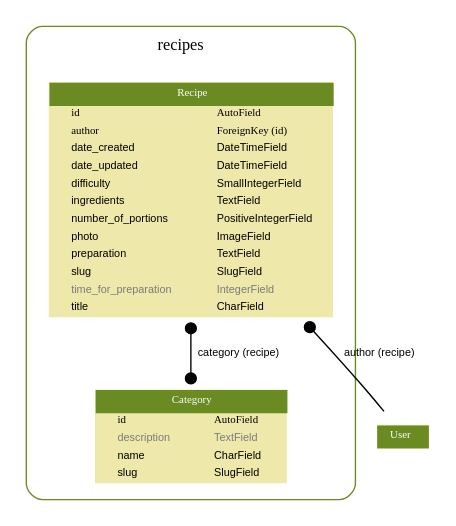
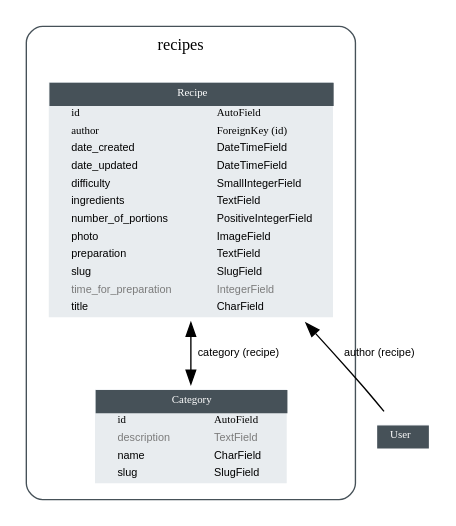
One commit to keimlink/django-workshop changed the diagram in docs/recipes_models.dot. Above: the diagram before and after it, drawn with Graphviz. The commit also changed 1 other file, not shown here.

```diff
--- a/docs/recipes_models.dot
+++ b/docs/recipes_models.dot
@@ -1,168 +1,168 @@
 digraph model_graph {
   # Dotfile by Django-Extensions graph_models
   # Created: 2013-11-10 22:58
   # Cli Options: -g recipes
 
   fontname = "Helvetica"
   fontsize = 8
   splines  = true
 
   node [
     fontname = "Helvetica"
     fontsize = 8
     shape = "plaintext"
   ]
 
   edge [
     fontname = "Helvetica"
     fontsize = 8
   ]
 
   # Labels
   subgraph cluster_recipes_models {
     label=<
           <TABLE BORDER="0" CELLBORDER="0" CELLSPACING="0">
           <TR><TD COLSPAN="2" CELLPADDING="4" ALIGN="CENTER">
           <FONT FACE="Helvetica Bold" COLOR="Black" POINT-SIZE="12">
           recipes
           </FONT>
           </TD></TR>
           </TABLE>
           >
-    color=olivedrab4
+    color="#465158"
     style="rounded"
-  
+
     recipes_models_Category [label=<
-      <TABLE BGCOLOR="palegoldenrod" BORDER="0" CELLBORDER="0" CELLSPACING="0">
-      <TR><TD COLSPAN="2" CELLPADDING="4" ALIGN="CENTER" BGCOLOR="olivedrab4">
+      <TABLE BGCOLOR="#e8ecef" BORDER="0" CELLBORDER="0" CELLSPACING="0">
+      <TR><TD COLSPAN="2" CELLPADDING="4" ALIGN="CENTER" BGCOLOR="#465158">
       <FONT FACE="Helvetica Bold" COLOR="white">
       Category
       </FONT></TD></TR>
-    
+
       <TR><TD ALIGN="LEFT" BORDER="0">
       <FONT FACE="Helvetica Bold">id</FONT>
       </TD><TD ALIGN="LEFT">
       <FONT FACE="Helvetica Bold">AutoField</FONT>
       </TD></TR>
-    
+
       <TR><TD ALIGN="LEFT" BORDER="0">
       <FONT COLOR="#7B7B7B" FACE="Helvetica ">description</FONT>
       </TD><TD ALIGN="LEFT">
       <FONT COLOR="#7B7B7B" FACE="Helvetica ">TextField</FONT>
       </TD></TR>
-    
+
       <TR><TD ALIGN="LEFT" BORDER="0">
       <FONT FACE="Helvetica ">name</FONT>
       </TD><TD ALIGN="LEFT">
       <FONT FACE="Helvetica ">CharField</FONT>
       </TD></TR>
-    
+
       <TR><TD ALIGN="LEFT" BORDER="0">
       <FONT FACE="Helvetica ">slug</FONT>
       </TD><TD ALIGN="LEFT">
       <FONT FACE="Helvetica ">SlugField</FONT>
       </TD></TR>
-    
+
       </TABLE>
       >]
-  
+
     recipes_models_Recipe [label=<
-      <TABLE BGCOLOR="palegoldenrod" BORDER="0" CELLBORDER="0" CELLSPACING="0">
-      <TR><TD COLSPAN="2" CELLPADDING="4" ALIGN="CENTER" BGCOLOR="olivedrab4">
+      <TABLE BGCOLOR="#e8ecef" BORDER="0" CELLBORDER="0" CELLSPACING="0">
+      <TR><TD COLSPAN="2" CELLPADDING="4" ALIGN="CENTER" BGCOLOR="#465158">
       <FONT FACE="Helvetica Bold" COLOR="white">
       Recipe
       </FONT></TD></TR>
-    
+
       <TR><TD ALIGN="LEFT" BORDER="0">
       <FONT FACE="Helvetica Bold">id</FONT>
       </TD><TD ALIGN="LEFT">
       <FONT FACE="Helvetica Bold">AutoField</FONT>
       </TD></TR>
-    
+
       <TR><TD ALIGN="LEFT" BORDER="0">
       <FONT FACE="Helvetica Bold">author</FONT>
       </TD><TD ALIGN="LEFT">
       <FONT FACE="Helvetica Bold">ForeignKey (id)</FONT>
       </TD></TR>
-    
+
       <TR><TD ALIGN="LEFT" BORDER="0">
       <FONT FACE="Helvetica ">date_created</FONT>
       </TD><TD ALIGN="LEFT">
       <FONT FACE="Helvetica ">DateTimeField</FONT>
       </TD></TR>
-    
+
       <TR><TD ALIGN="LEFT" BORDER="0">
       <FONT FACE="Helvetica ">date_updated</FONT>
       </TD><TD ALIGN="LEFT">
       <FONT FACE="Helvetica ">DateTimeField</FONT>
       </TD></TR>
-    
+
       <TR><TD ALIGN="LEFT" BORDER="0">
       <FONT FACE="Helvetica ">difficulty</FONT>
       </TD><TD ALIGN="LEFT">
       <FONT FACE="Helvetica ">SmallIntegerField</FONT>
       </TD></TR>
-    
+
       <TR><TD ALIGN="LEFT" BORDER="0">
       <FONT FACE="Helvetica ">ingredients</FONT>
       </TD><TD ALIGN="LEFT">
       <FONT FACE="Helvetica ">TextField</FONT>
       </TD></TR>
-    
+
       <TR><TD ALIGN="LEFT" BORDER="0">
       <FONT FACE="Helvetica ">number_of_portions</FONT>
       </TD><TD ALIGN="LEFT">
       <FONT FACE="Helvetica ">PositiveIntegerField</FONT>
       </TD></TR>
-    
+
       <TR><TD ALIGN="LEFT" BORDER="0">
       <FONT FACE="Helvetica ">photo</FONT>
       </TD><TD ALIGN="LEFT">
       <FONT FACE="Helvetica ">ImageField</FONT>
       </TD></TR>
-    
+
       <TR><TD ALIGN="LEFT" BORDER="0">
       <FONT FACE="Helvetica ">preparation</FONT>
       </TD><TD ALIGN="LEFT">
       <FONT FACE="Helvetica ">TextField</FONT>
       </TD></TR>
-    
+
       <TR><TD ALIGN="LEFT" BORDER="0">
       <FONT FACE="Helvetica ">slug</FONT>
       </TD><TD ALIGN="LEFT">
       <FONT FACE="Helvetica ">SlugField</FONT>
       </TD></TR>
-    
+
       <TR><TD ALIGN="LEFT" BORDER="0">
       <FONT COLOR="#7B7B7B" FACE="Helvetica ">time_for_preparation</FONT>
       </TD><TD ALIGN="LEFT">
       <FONT COLOR="#7B7B7B" FACE="Helvetica ">IntegerField</FONT>
       </TD></TR>
-    
+
       <TR><TD ALIGN="LEFT" BORDER="0">
       <FONT FACE="Helvetica ">title</FONT>
       </TD><TD ALIGN="LEFT">
       <FONT FACE="Helvetica ">CharField</FONT>
       </TD></TR>
-    
+
       </TABLE>
       >]
 
   }
 
 
   # Relations
   django_contrib_auth_models_User [label=<
-  <TABLE BGCOLOR="palegoldenrod" BORDER="0" CELLBORDER="0" CELLSPACING="0">
-  <TR><TD COLSPAN="2" CELLPADDING="4" ALIGN="CENTER" BGCOLOR="olivedrab4">
+  <TABLE BGCOLOR="#e8ecef" BORDER="0" CELLBORDER="0" CELLSPACING="0">
+  <TR><TD COLSPAN="2" CELLPADDING="4" ALIGN="CENTER" BGCOLOR="#465158">
   <FONT FACE="Helvetica Bold" COLOR="white">User</FONT>
   </TD></TR>
   </TABLE>
   >]
   recipes_models_Recipe -> django_contrib_auth_models_User
-  [label="author (recipe)"] [arrowhead=none, arrowtail=dot, dir=both];
+  [label="author (recipe)"] [arrowhead=none, arrowtail=normal, dir=both];
 
   recipes_models_Recipe -> recipes_models_Category
-  [label="category (recipe)"] [arrowhead=dot arrowtail=dot, dir=both];
+  [label="category (recipe)"] [arrowhead=normal arrowtail=normal, dir=both];
 
 }
```
